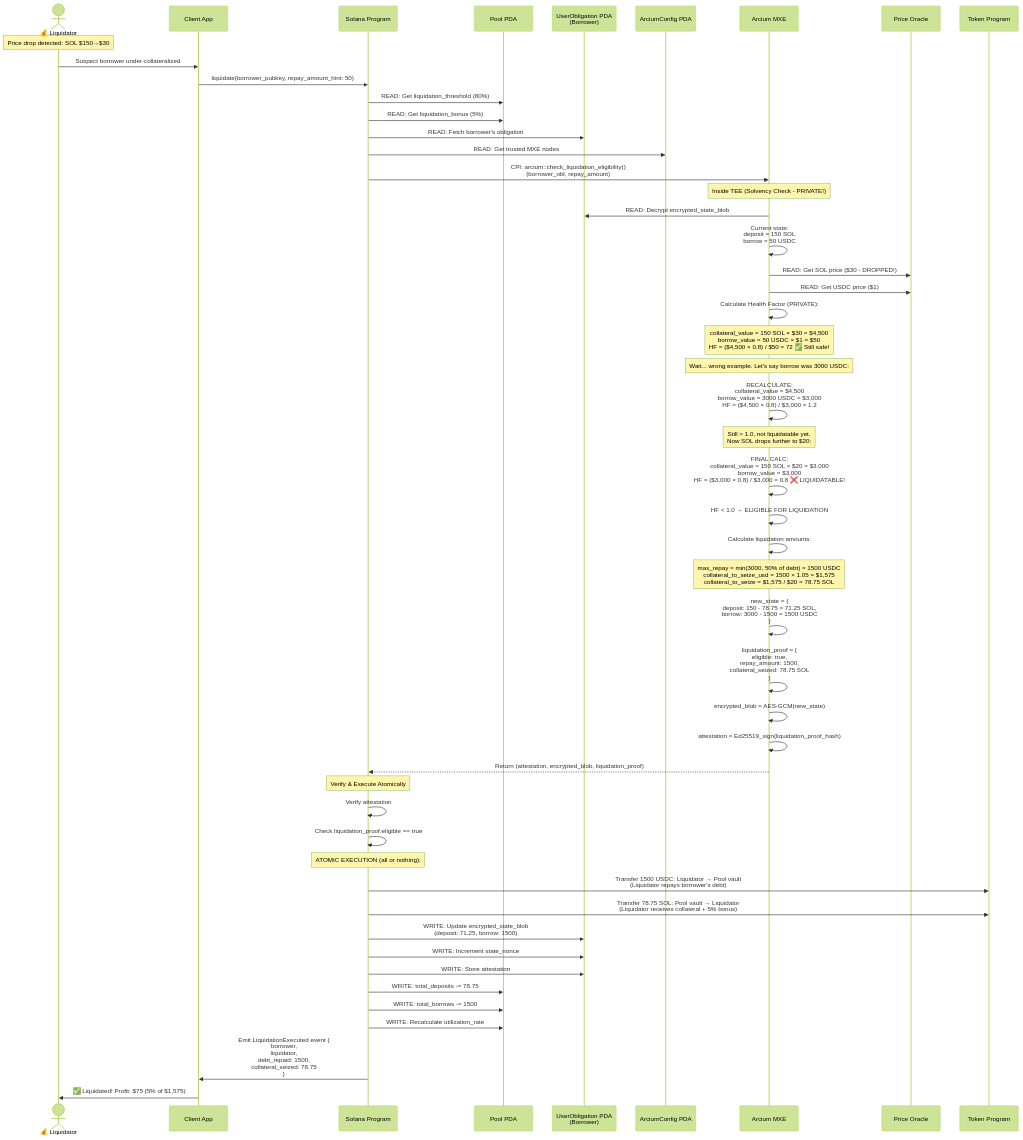
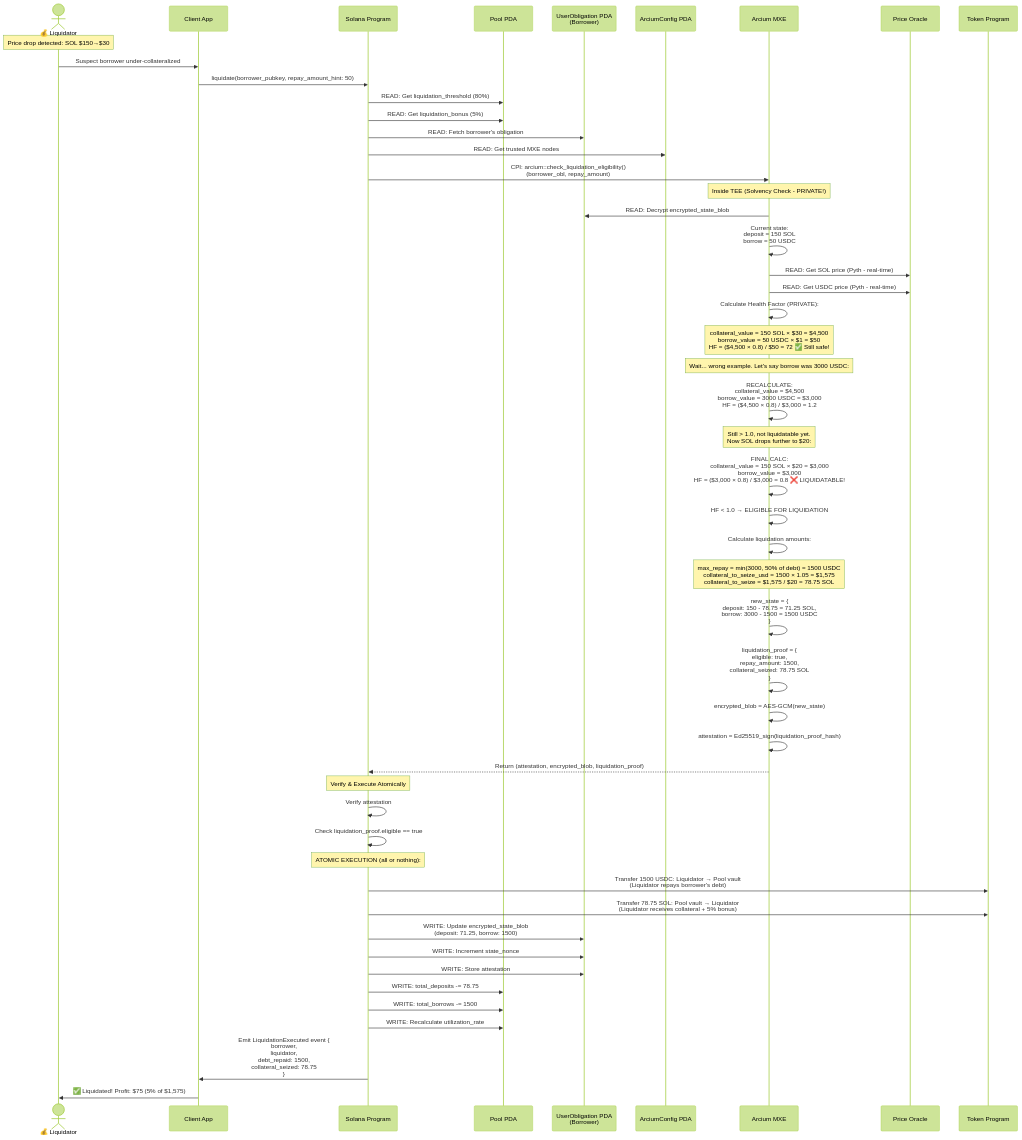
Before and after one commit to Venkat5599/ShadowLend: the fifth of 5 diagrams in docs/detailed_flow.md, drawn with Mermaid (forest theme). The commit also changed other lines of this file and 44 other files, not shown here.

First line of the commit message:
Real time pricing (#6)

````diff
--- a/docs/detailed_flow.md
+++ b/docs/detailed_flow.md
@@ -288,74 +288,74 @@
 ```mermaid
 sequenceDiagram
     actor Liquidator as 💰 Liquidator
     participant Client as Client App
     participant Solana as Solana Program
     participant Pool as Pool PDA
     participant UserObl as UserObligation PDA<br/>(Borrower)
     participant ArciumCfg as ArciumConfig PDA
     participant Arcium as Arcium MXE
     participant Oracle as Price Oracle
     participant Token as Token Program
 
     Note over Liquidator: Price drop detected: SOL $150→$30
 
     Liquidator->>Client: Suspect borrower under-collateralized
     Client->>Solana: liquidate(borrower_pubkey, repay_amount_hint: 50)
 
     Solana->>Pool: READ: Get liquidation_threshold (80%)
     Solana->>Pool: READ: Get liquidation_bonus (5%)
     Solana->>UserObl: READ: Fetch borrower's obligation
     Solana->>ArciumCfg: READ: Get trusted MXE nodes
 
     Solana->>Arcium: CPI: arcium::check_liquidation_eligibility()<br/>(borrower_obl, repay_amount)
 
     Note over Arcium: Inside TEE (Solvency Check - PRIVATE!)
     Arcium->>UserObl: READ: Decrypt encrypted_state_blob
     Arcium->>Arcium: Current state:<br/>deposit = 150 SOL<br/>borrow = 50 USDC
 
-    Arcium->>Oracle: READ: Get SOL price ($30 - DROPPED!)
-    Arcium->>Oracle: READ: Get USDC price ($1)
+    Arcium->>Oracle: READ: Get SOL price (Pyth - real-time)
+    Arcium->>Oracle: READ: Get USDC price (Pyth - real-time)
 
     Arcium->>Arcium: Calculate Health Factor (PRIVATE):
     Note over Arcium: collateral_value = 150 SOL × $30 = $4,500<br/>borrow_value = 50 USDC × $1 = $50<br/>HF = ($4,500 × 0.8) / $50 = 72 ✅ Still safe!
 
     Note over Arcium: Wait... wrong example. Let's say borrow was 3000 USDC:
     Arcium->>Arcium: RECALCULATE:<br/>collateral_value = $4,500<br/>borrow_value = 3000 USDC = $3,000<br/>HF = ($4,500 × 0.8) / $3,000 = 1.2
 
     Note over Arcium: Still > 1.0, not liquidatable yet.<br/>Now SOL drops further to $20:
     Arcium->>Arcium: FINAL CALC:<br/>collateral_value = 150 SOL × $20 = $3,000<br/>borrow_value = $3,000<br/>HF = ($3,000 × 0.8) / $3,000 = 0.8 ❌ LIQUIDATABLE!
 
     Arcium->>Arcium: HF < 1.0 → ELIGIBLE FOR LIQUIDATION
     Arcium->>Arcium: Calculate liquidation amounts:
     Note over Arcium: max_repay = min(3000, 50% of debt) = 1500 USDC<br/>collateral_to_seize_usd = 1500 × 1.05 = $1,575<br/>collateral_to_seize = $1,575 / $20 = 78.75 SOL
 
     Arcium->>Arcium: new_state = {<br/>  deposit: 150 - 78.75 = 71.25 SOL,<br/>  borrow: 3000 - 1500 = 1500 USDC<br/>}
 
     Arcium->>Arcium: liquidation_proof = {<br/>  eligible: true,<br/>  repay_amount: 1500,<br/>  collateral_seized: 78.75 SOL<br/>}
     Arcium->>Arcium: encrypted_blob = AES-GCM(new_state)
     Arcium->>Arcium: attestation = Ed25519_sign(liquidation_proof_hash)
 
     Arcium-->>Solana: Return (attestation, encrypted_blob, liquidation_proof)
 
     Note over Solana: Verify & Execute Atomically
     Solana->>Solana: Verify attestation
     Solana->>Solana: Check liquidation_proof.eligible == true
 
     Note over Solana: ATOMIC EXECUTION (all or nothing):
 
     Solana->>Token: Transfer 1500 USDC: Liquidator → Pool vault<br/>(Liquidator repays borrower's debt)
 
     Solana->>Token: Transfer 78.75 SOL: Pool vault → Liquidator<br/>(Liquidator receives collateral + 5% bonus)
 
     Solana->>UserObl: WRITE: Update encrypted_state_blob<br/>(deposit: 71.25, borrow: 1500)
     Solana->>UserObl: WRITE: Increment state_nonce
     Solana->>UserObl: WRITE: Store attestation
 
     Solana->>Pool: WRITE: total_deposits -= 78.75
     Solana->>Pool: WRITE: total_borrows -= 1500
     Solana->>Pool: WRITE: Recalculate utilization_rate
 
     Solana->>Client: Emit LiquidationExecuted event {<br/>  borrower,<br/>  liquidator,<br/>  debt_repaid: 1500,<br/>  collateral_seized: 78.75<br/>}
 
     Client->>Liquidator: ✅ Liquidated! Profit: $75 (5% of $1,575)
 ```
````
